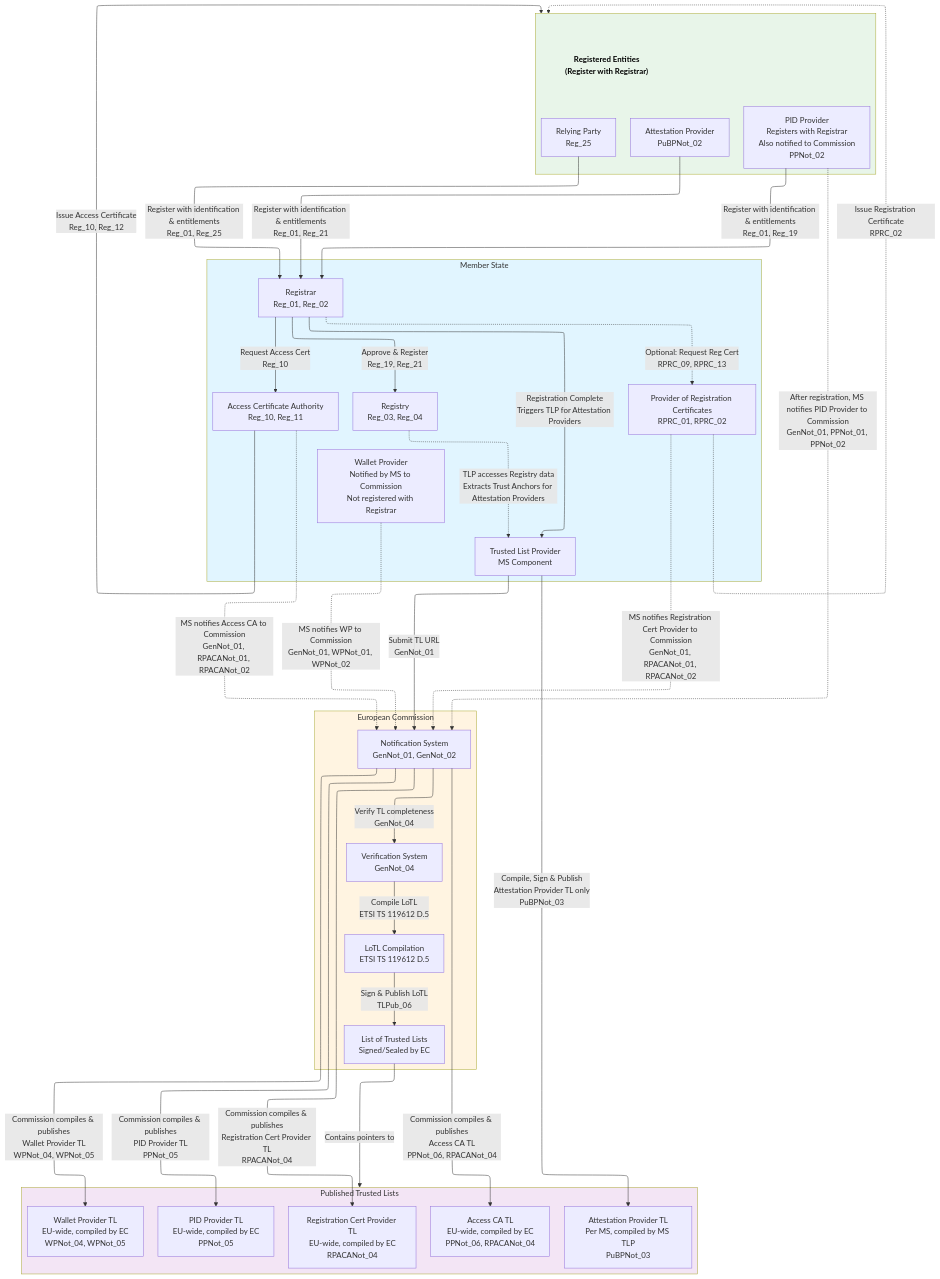
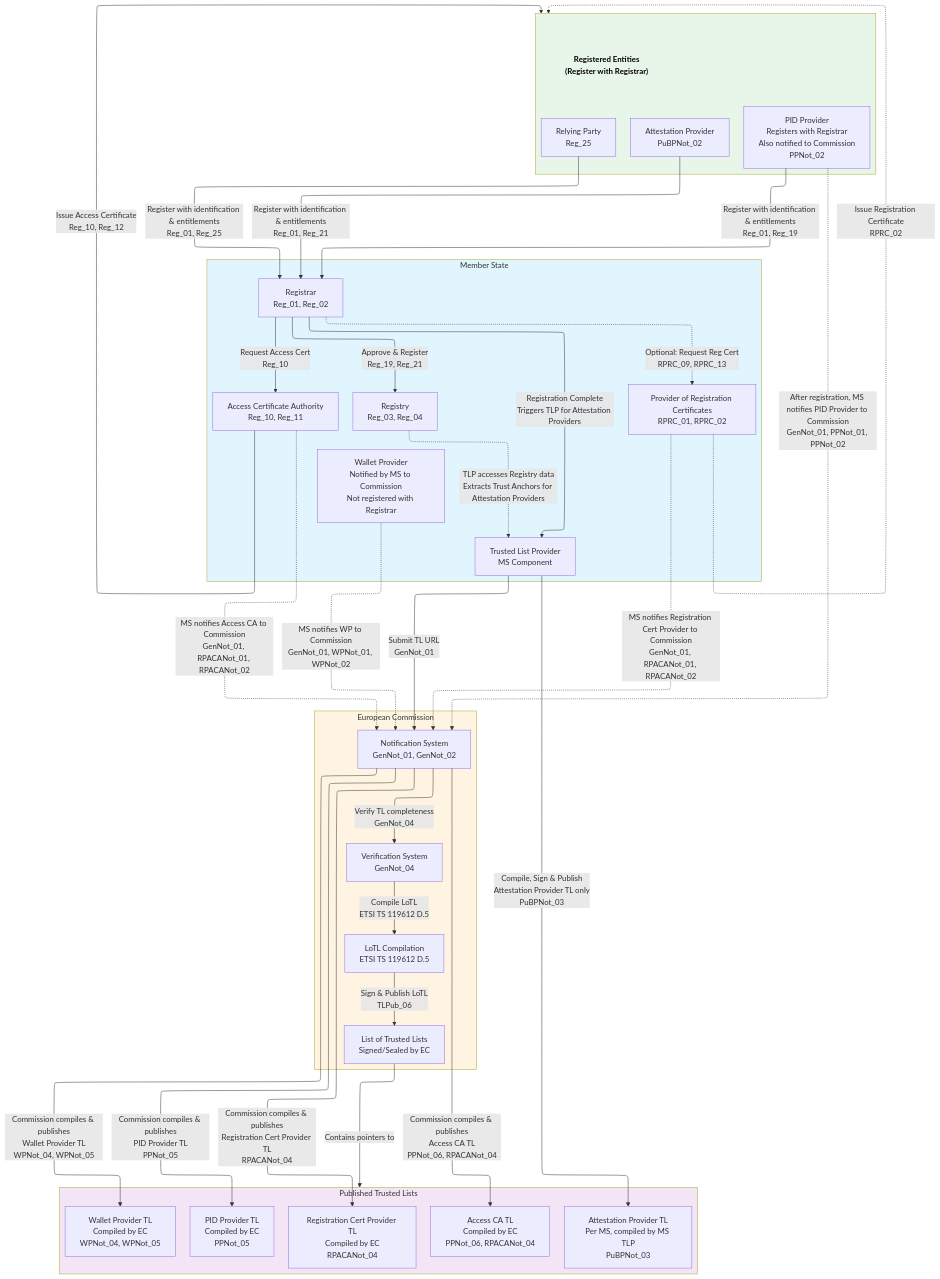
The first of 7 diagrams in task2-trust-framework/trust-infrastructure-schema.md (webuild-consortium/wp4-trust-group), drawn with Mermaid before and after one commit. The commit also changed other lines of this file, not shown here.

```diff
--- a/task2-trust-framework/trust-infrastructure-schema.md
+++ b/task2-trust-framework/trust-infrastructure-schema.md
@@ -243,11 +242,11 @@
     end
 
     subgraph TL["Published Trusted Lists"]
-        WPTL[Wallet Provider TL<br/>EU-wide, compiled by EC<br/>WPNot_04, WPNot_05]
-        PIDTL[PID Provider TL<br/>EU-wide, compiled by EC<br/>PPNot_05]
+        WPTL[Wallet Provider TL<br/>Compiled by EC<br/>WPNot_04, WPNot_05]
+        PIDTL[PID Provider TL<br/>Compiled by EC<br/>PPNot_05]
         APTL[Attestation Provider TL<br/>Per MS, compiled by MS TLP<br/>PuBPNot_03]
-        ACATL[Access CA TL<br/>EU-wide, compiled by EC<br/>PPNot_06, RPACANot_04]
-        RegCertTL[Registration Cert Provider TL<br/>EU-wide, compiled by EC<br/>RPACANot_04]
+        ACATL[Access CA TL<br/>Compiled by EC<br/>PPNot_06, RPACANot_04]
+        RegCertTL[Registration Cert Provider TL<br/>Compiled by EC<br/>RPACANot_04]
     end
 
     %% Registration Flow
```
